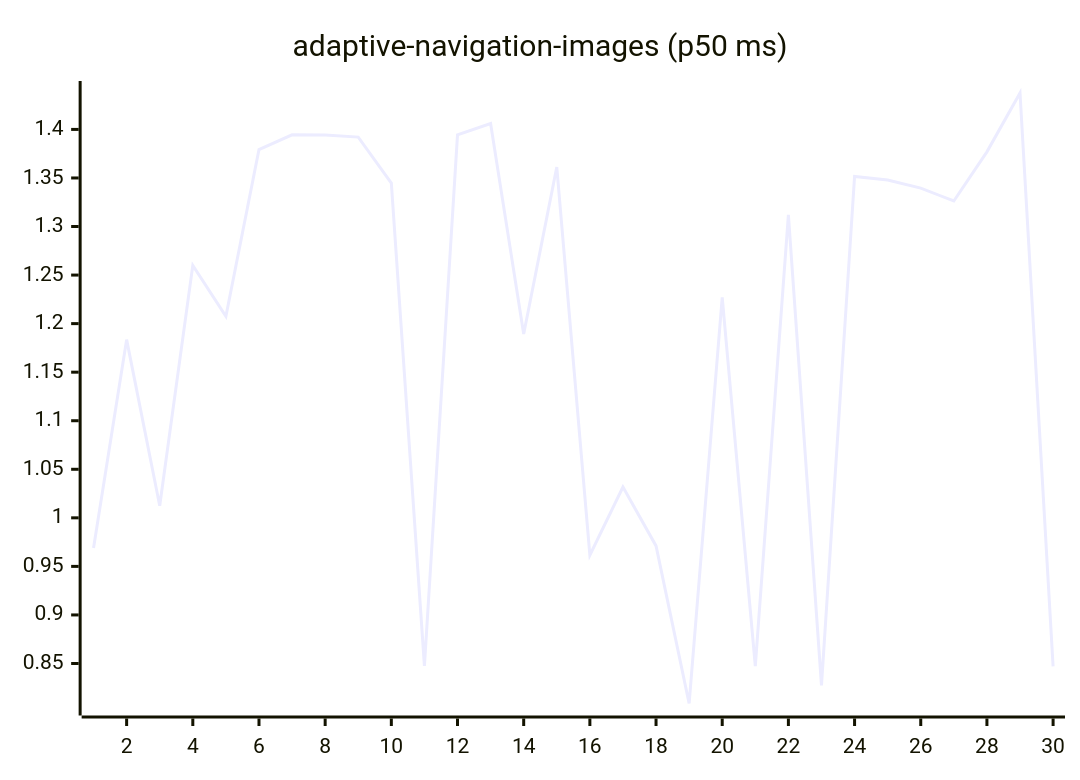
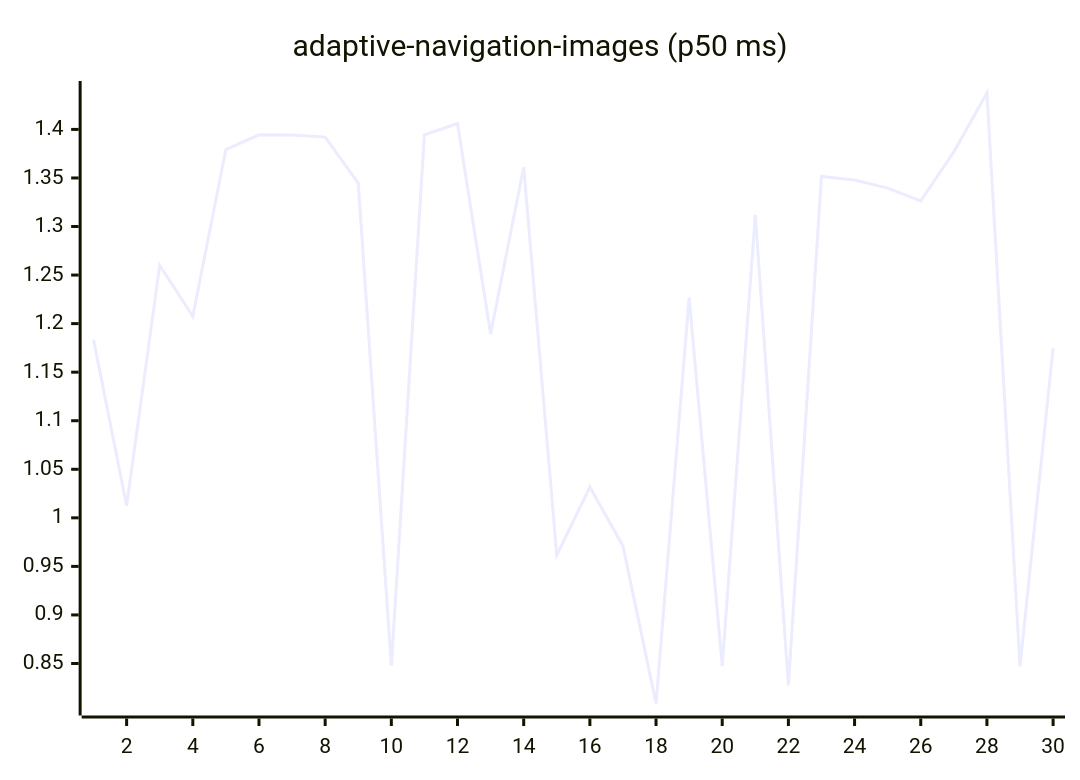
Before and after one commit to josha/Facet: the first of 27 diagrams in README.md, drawn with Mermaid. The commit also changed other lines of this file and 2 other files, not shown here.

````diff
--- a/README.md
+++ b/README.md
@@ -63,6 +63,6 @@
 ```mermaid
 xychart-beta
     title "adaptive-navigation-images (p50 ms)"
     x-axis 1 --> 30
-    line [0.9690, 1.1835, 1.0125, 1.2600, 1.2076, 1.3793, 1.3944, 1.3942, 1.3921, 1.3447, 0.8475, 1.3944, 1.4060, 1.1893, 1.3612, 0.9615, 1.0317, 0.9711, 0.8088, 1.2271, 0.8473, 1.3121, 0.8274, 1.3515, 1.3479, 1.3395, 1.3263, 1.3769, 1.4375, 0.8471]
+    line [1.1835, 1.0125, 1.2600, 1.2076, 1.3793, 1.3944, 1.3942, 1.3921, 1.3447, 0.8475, 1.3944, 1.4060, 1.1893, 1.3612, 0.9615, 1.0317, 0.9711, 0.8088, 1.2271, 0.8473, 1.3121, 0.8274, 1.3515, 1.3479, 1.3395, 1.3263, 1.3769, 1.4375, 0.8471, 1.1748]
 ```
````
